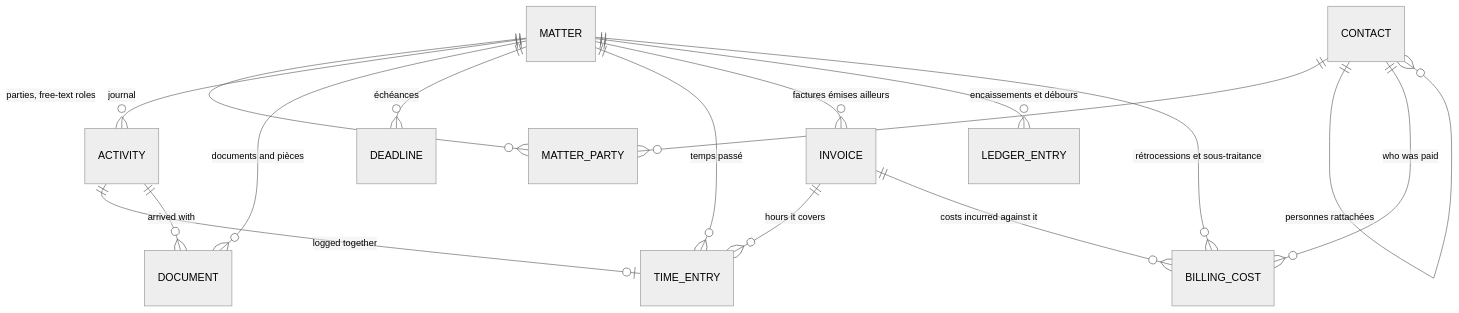
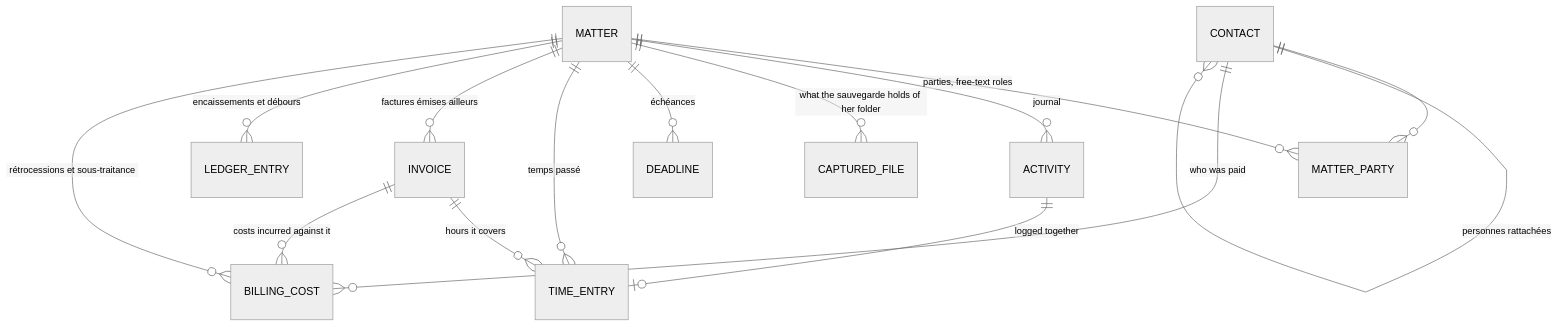
Before and after one commit to Vincent-Bdn/Avocado: the fourth of 4 diagrams in docs/ARCHITECTURE.md, drawn with Mermaid (neutral theme). The commit also changed other lines of this file and 10 other files, not shown here.

First line of the commit message:
Say everywhere that a backup now holds the documents

````diff
--- a/docs/ARCHITECTURE.md
+++ b/docs/ARCHITECTURE.md
@@ -180,18 +184,17 @@
 ```mermaid
 erDiagram
     MATTER ||--o{ MATTER_PARTY : "parties, free-text roles"
     MATTER ||--o{ ACTIVITY : "journal"
-    MATTER ||--o{ DOCUMENT : "documents and pièces"
+    MATTER ||--o{ CAPTURED_FILE : "what the sauvegarde holds of her folder"
     MATTER ||--o{ DEADLINE : "échéances"
     MATTER ||--o{ TIME_ENTRY : "temps passé"
     MATTER ||--o{ INVOICE : "factures émises ailleurs"
     MATTER ||--o{ LEDGER_ENTRY : "encaissements et débours"
     MATTER ||--o{ BILLING_COST : "rétrocessions et sous-traitance"
     CONTACT ||--o{ MATTER_PARTY : ""
     CONTACT ||--o{ CONTACT : "personnes rattachées"
     ACTIVITY ||--o| TIME_ENTRY : "logged together"
-    ACTIVITY ||--o{ DOCUMENT : "arrived with"
     INVOICE ||--o{ TIME_ENTRY : "hours it covers"
     INVOICE ||--o{ BILLING_COST : "costs incurred against it"
     CONTACT ||--o{ BILLING_COST : "who was paid"
 ```
````
